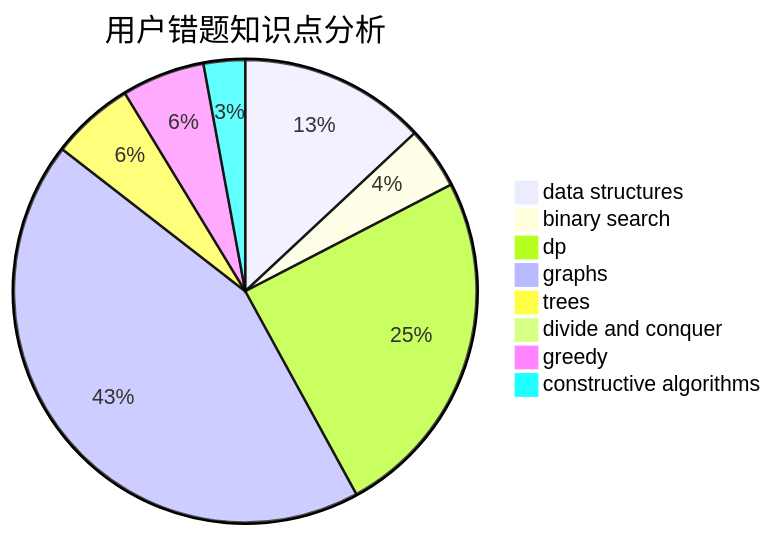
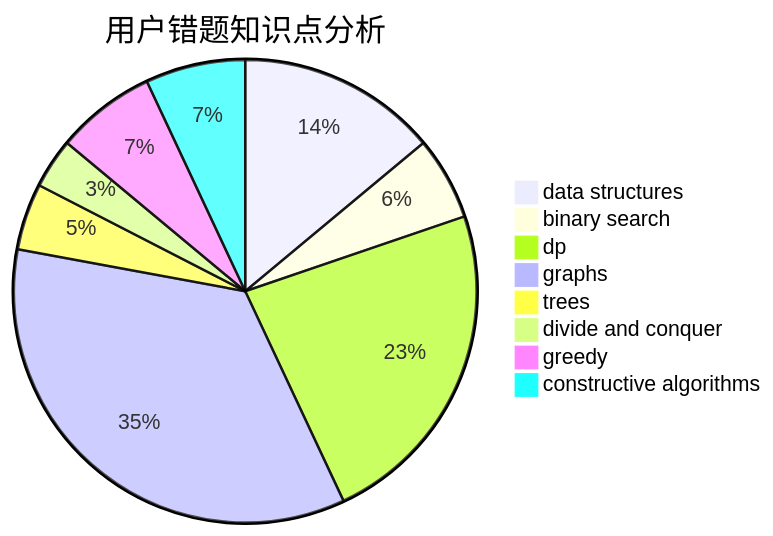
Before and after one commit to sherpahu/cfrs.github.io: the third of 3 diagrams in docs/user/u1315.md, drawn with Mermaid. The commit also changed other lines of this file and 2770 other files, not shown here.

````diff
--- a/docs/user/u1315.md
+++ b/docs/user/u1315.md
@@ -36,11 +36,11 @@
 ```mermaid
 pie title 用户错题知识点分析
-    "data structures" :  9
-    "binary search" :  3
-    "dp" :  17
+    "data structures" :  12
+    "binary search" :  5
+    "dp" :  20
     "graphs" :  30
     "trees" :  4
-    "divide and conquer" :  0
-    "greedy" :  4
-    "constructive algorithms" :  2
+    "divide and conquer" :  3
+    "greedy" :  6
+    "constructive algorithms" :  6
 ```
````
